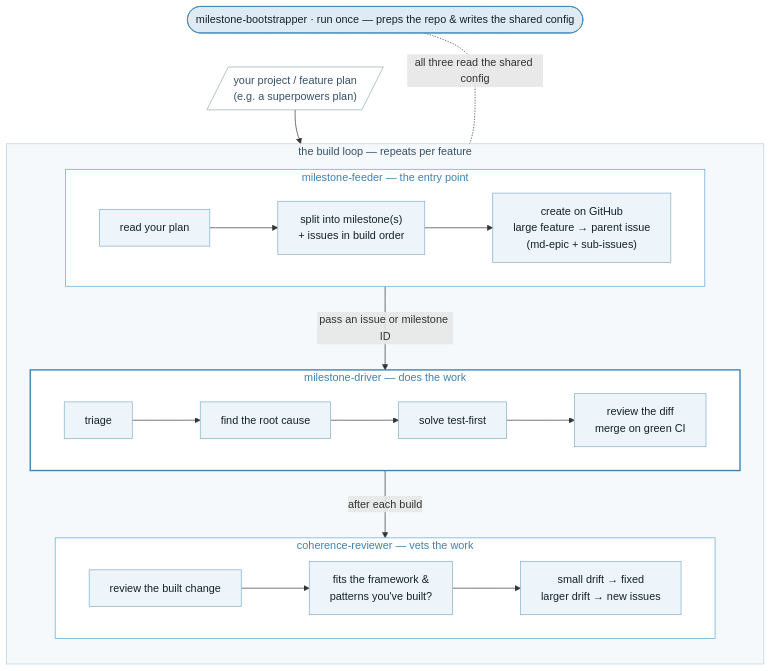
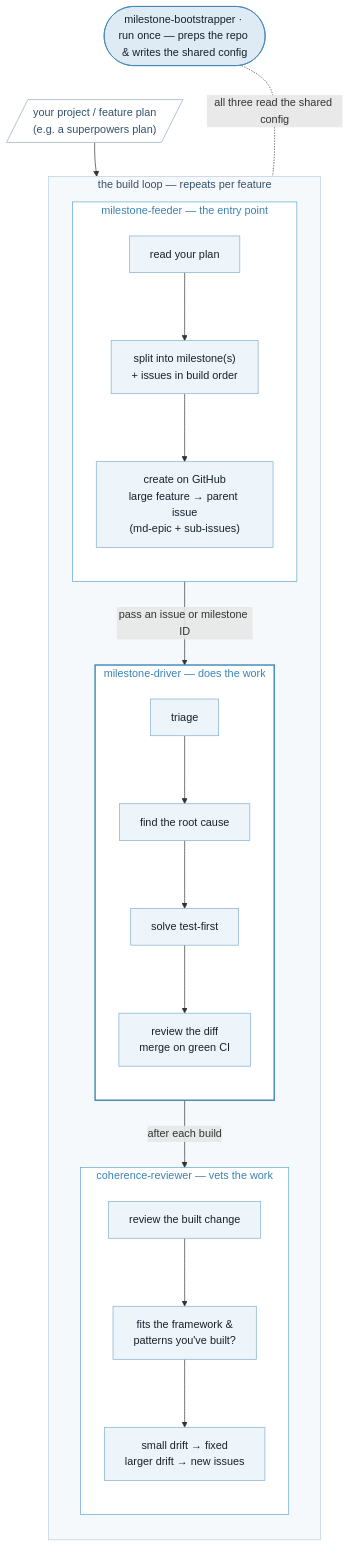
The diagram in README.md (kenmulford/milestone-suite), drawn with Mermaid before and after one commit.

Commit message:
fix: shrink mermaid flowchart for mobile legibility
Remove the wrappingWidth:900 init override and restack the three inner
subgraph chains (sgF/sgD/sgR) from LR to TB, so the diagram's total
width is bounded by its widest node instead of the sum of three
horizontal chains. Rendered width via mermaid-cli drops from ~1140px to
~525px (height grows ~983px to ~2271px, an accepted trade-off per the
issue). GitHub-render mobile-viewport verification pending.

Refs #38

````diff
--- a/README.md
+++ b/README.md
@@ -14,39 +14,38 @@
 ```mermaid
-%%{init: {"flowchart": {"wrappingWidth": 900}} }%%
 flowchart TD
     boot(["milestone-bootstrapper · run once — preps the repo &amp; writes the shared config"])
 
     plan[/"your project / feature plan<br/>(e.g. a superpowers plan)"/]
 
     subgraph loop [the build loop — repeats per feature]
         direction TB
         subgraph sgF [milestone-feeder — the entry point]
-            direction LR
+            direction TB
             f1["read your plan"] --> f2["split into milestone(s)<br/>+ issues in build order"] --> f3["create on GitHub<br/>large feature → parent issue<br/>(md-epic + sub-issues)"]
         end
         subgraph sgD [milestone-driver — does the work]
-            direction LR
+            direction TB
             d1["triage"] --> d2["find the root cause"] --> d3["solve test-first"] --> d4["review the diff<br/>merge on green CI"]
         end
         subgraph sgR [coherence-reviewer — vets the work]
-            direction LR
+            direction TB
             r1["review the built change"] --> r2["fits the framework &amp;<br/>patterns you've built?"] --> r3["small drift → fixed<br/>larger drift → new issues"]
         end
 
         sgF -->|pass an issue or milestone ID| sgD
         sgD -->|after each build| sgR
     end
 
     boot ~~~ plan
     plan --> sgF
     boot <-.-|all three read the shared config| loop
 
     style boot fill:#DEEBF5,stroke:#3A82B4,color:#15212B
     style plan fill:#FFFFFF,stroke:#94A9B8,color:#33506B
     style loop fill:#F5F9FC,stroke:#B9CFDF,color:#33506B
     style sgF fill:#FFFFFF,stroke:#5AA6D4,color:#3A82B4
     style sgD fill:#FFFFFF,stroke:#3A82B4,stroke-width:2px,color:#3A82B4
     style sgR fill:#FFFFFF,stroke:#5AA6D4,color:#3A82B4
     classDef action fill:#EDF4FA,stroke:#7FAECE,color:#15212B
     class f1,f2,f3,d1,d2,d3,d4,r1,r2,r3 action
 ```
````
